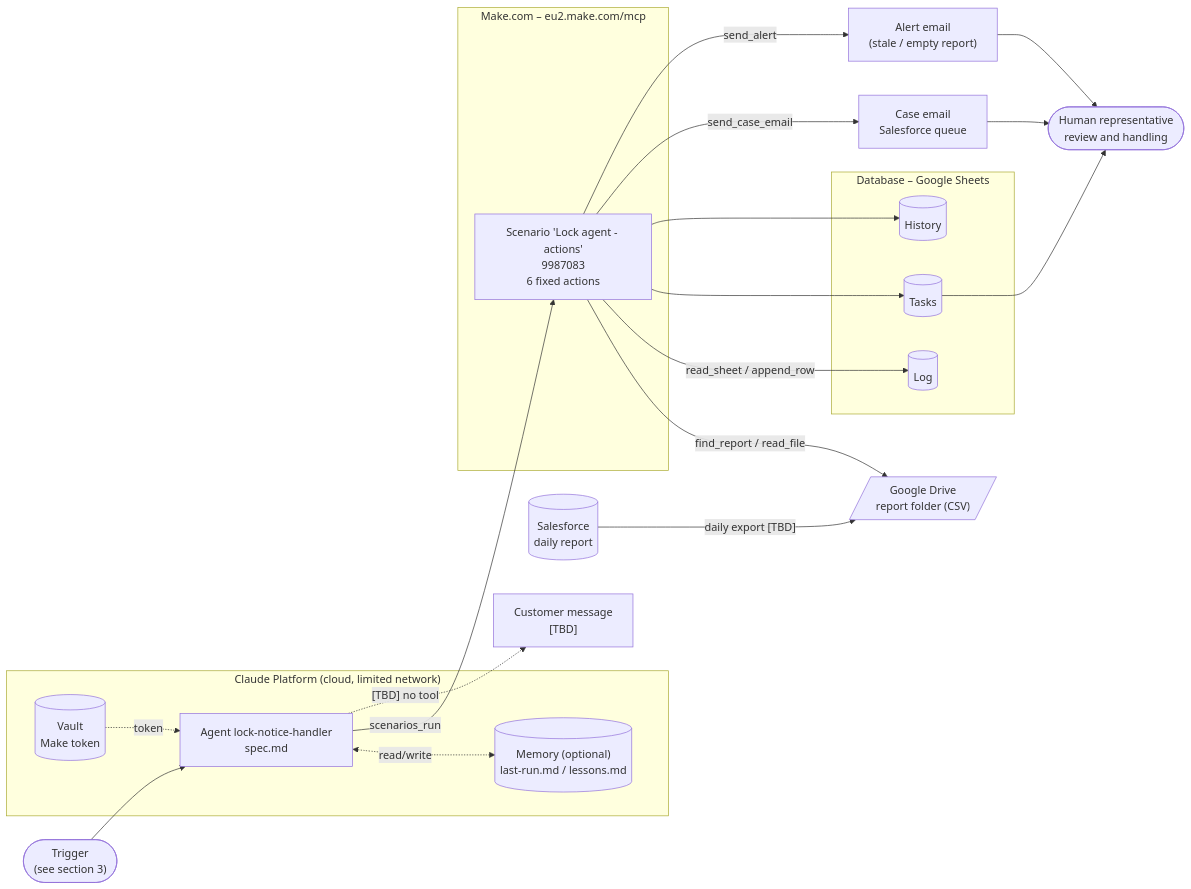
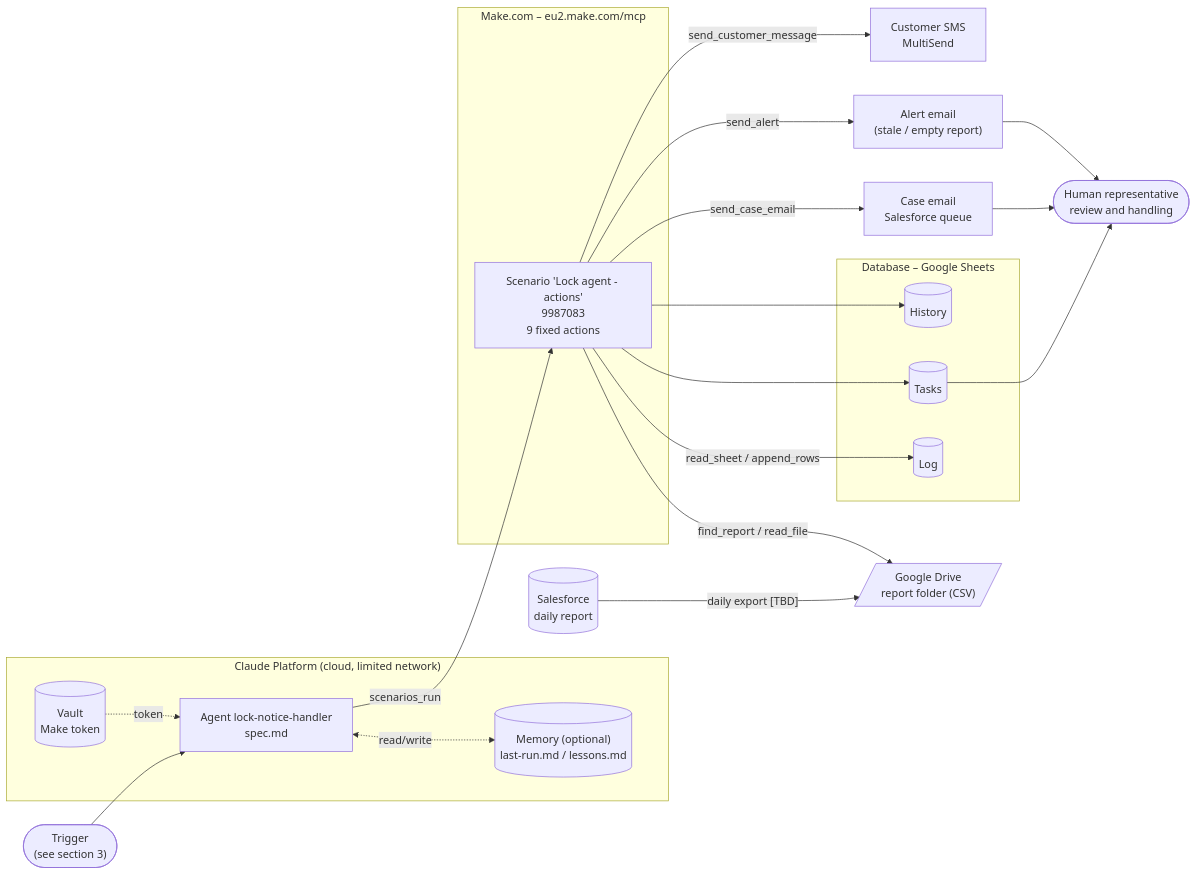
Before and after one commit to asaeltaragan-cpu/Time_limit: the first of 4 diagrams in Architecture.md, drawn with Mermaid. The commit also changed other lines of this file and 3 other files, not shown here.

First line of the commit message:
Sync spec and docs with Make scenario: append_rows, SMS via MultiSend

````diff
--- a/Architecture.md
+++ b/Architecture.md
@@ -23,43 +23,43 @@
 ```mermaid
 flowchart LR
     SF[("Salesforce<br/>daily report")]
     DRIVE[/"Google Drive<br/>report folder (CSV)"/]
     TRIG(["Trigger<br/>(see section 3)"])
 
     subgraph ANTH["Claude Platform (cloud, limited network)"]
         AGENT["Agent lock-notice-handler<br/>spec.md"]
         VAULT[("Vault<br/>Make token")]
         MEM[("Memory (optional)<br/>last-run.md / lessons.md")]
     end
 
     subgraph MAKE["Make.com – eu2.make.com/mcp"]
-        SCN["Scenario 'Lock agent - actions'<br/>9987083<br/>6 fixed actions"]
+        SCN["Scenario 'Lock agent - actions'<br/>9987083<br/>9 fixed actions"]
     end
 
     subgraph DB["Database – Google Sheets"]
         LOG[("Log")]
         TASKS[("Tasks")]
         HIST[("History")]
     end
 
     MAIL["Case email<br/>Salesforce queue"]
     ALERT["Alert email<br/>(stale / empty report)"]
-    CUST["Customer message<br/>[TBD]"]
+    CUST["Customer SMS<br/>MultiSend"]
     HUMAN(["Human representative<br/>review and handling"])
 
     SF -- "daily export [TBD]" --> DRIVE
     TRIG --> AGENT
     VAULT -. "token" .-> AGENT
     AGENT <-. "read/write" .-> MEM
     AGENT -- "scenarios_run" --> SCN
     SCN -- "find_report / read_file" --> DRIVE
-    SCN -- "read_sheet / append_row" --> LOG
+    SCN -- "read_sheet / append_rows" --> LOG
     SCN --> TASKS
     SCN --> HIST
     SCN -- "send_case_email" --> MAIL
     SCN -- "send_alert" --> ALERT
-    AGENT -. "[TBD] no tool" .-> CUST
+    SCN -- "send_customer_message" --> CUST
     TASKS --> HUMAN
     MAIL --> HUMAN
     ALERT --> HUMAN
 ```
````
